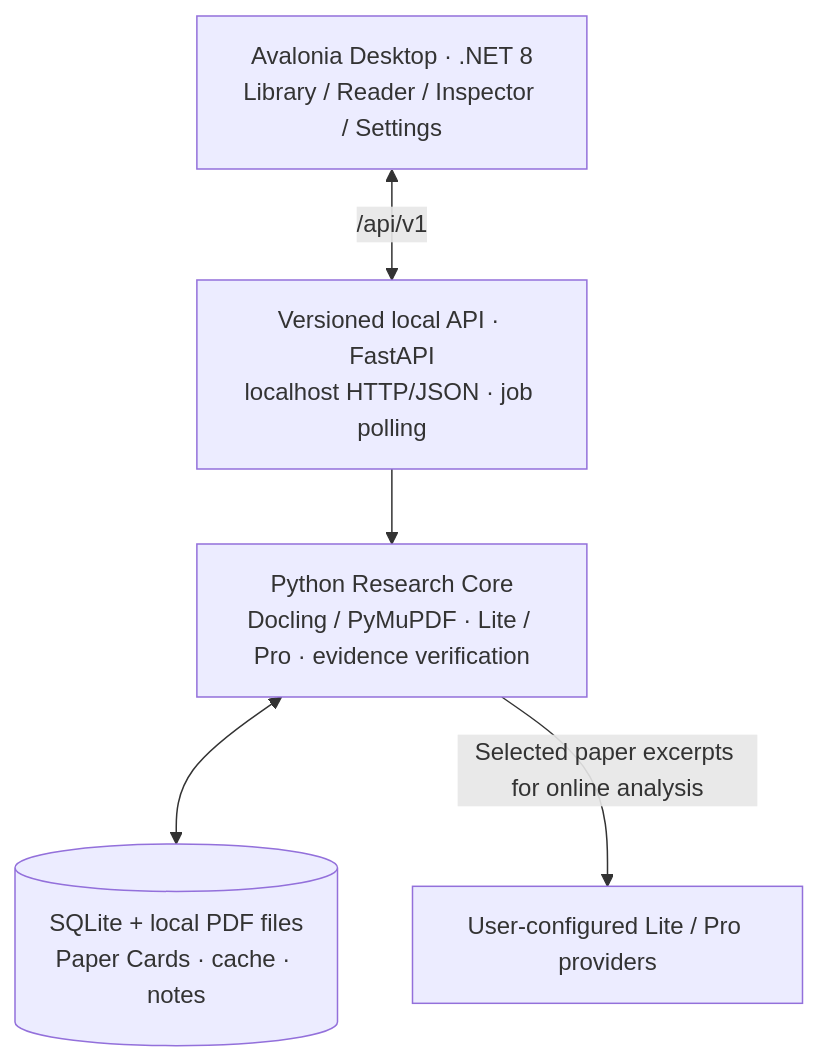
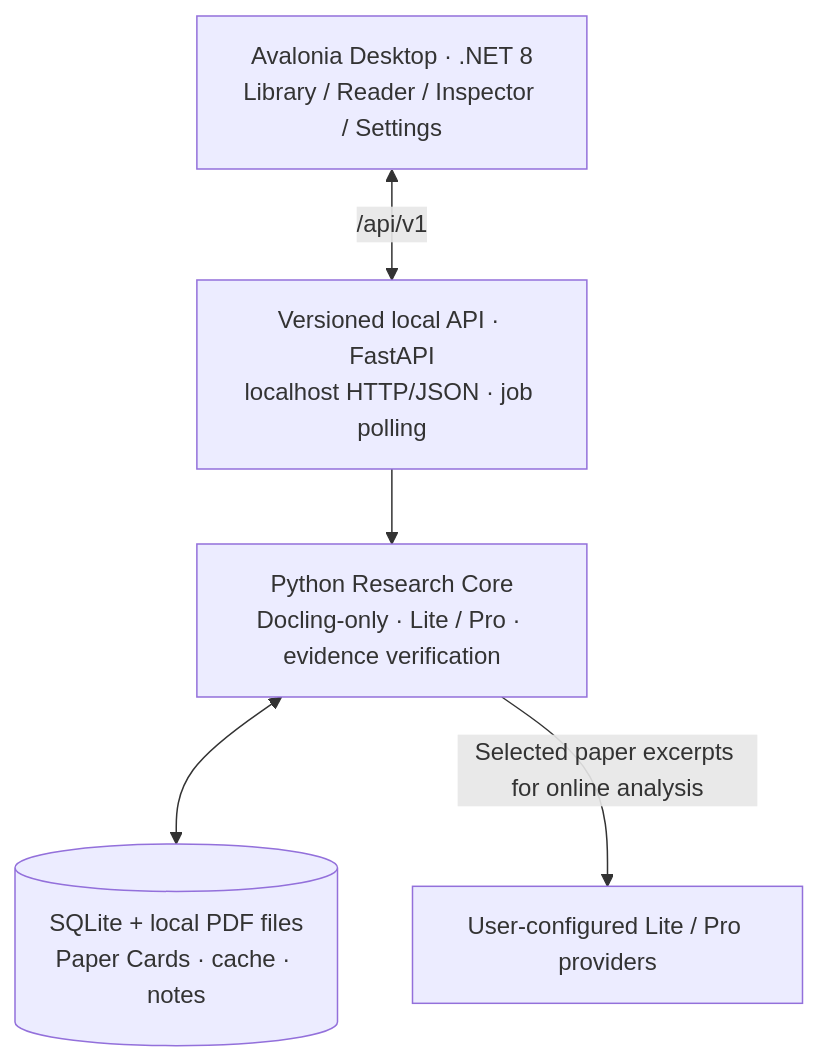
Before and after one commit to daseinzc-509/social-science-research-ide: the diagram in README.md, drawn with Mermaid. The commit also changed other lines of this file and 14 other files, not shown here.

````diff
--- a/README.md
+++ b/README.md
@@ -142,12 +140,12 @@
 ```mermaid
 flowchart TB
     UI["Avalonia Desktop · .NET 8<br/>Library / Reader / Inspector / Settings"]
     API["Versioned local API · FastAPI<br/>localhost HTTP/JSON · job polling"]
-    ENGINE["Python Research Core<br/>Docling / PyMuPDF · Lite / Pro · evidence verification"]
+    ENGINE["Python Research Core<br/>Docling-only · Lite / Pro · evidence verification"]
     STORE[("SQLite + local PDF files<br/>Paper Cards · cache · notes")]
     LLM["User-configured Lite / Pro providers"]
     UI <-->|"/api/v1"| API
     API --> ENGINE
     ENGINE <--> STORE
     ENGINE -->|"Selected paper excerpts for online analysis"| LLM
 ```
````
